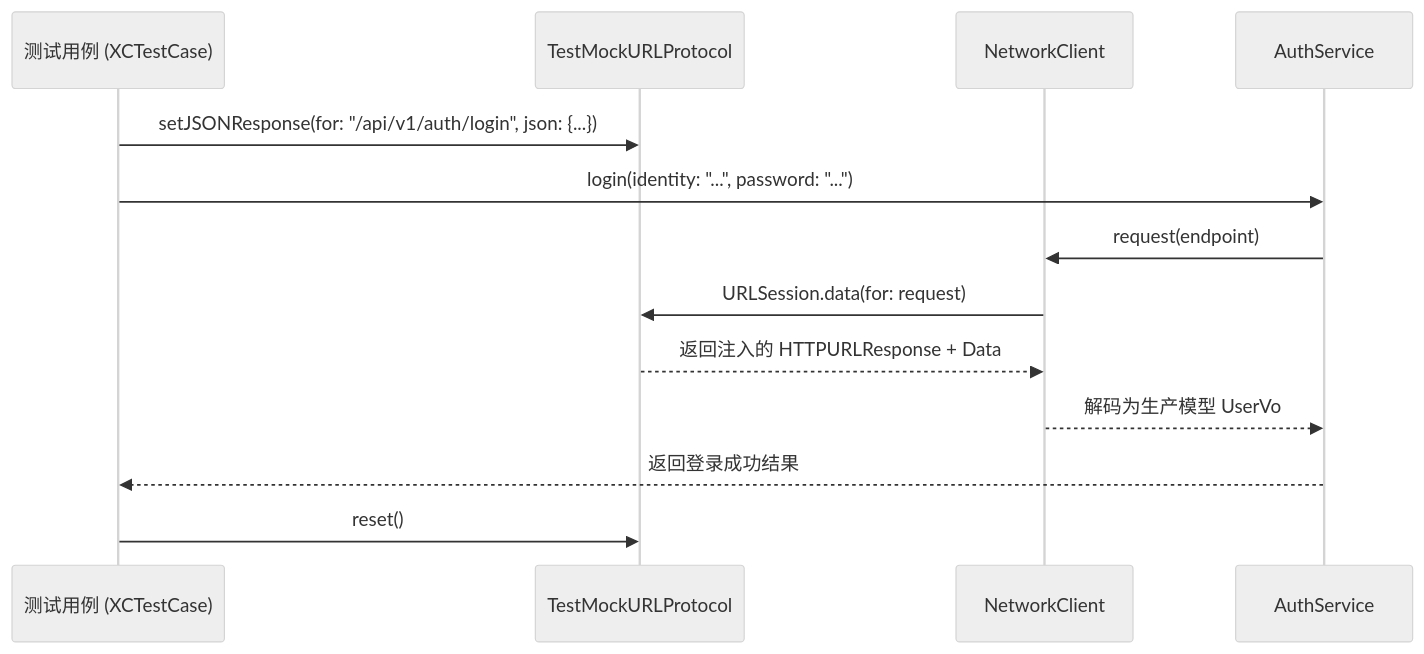
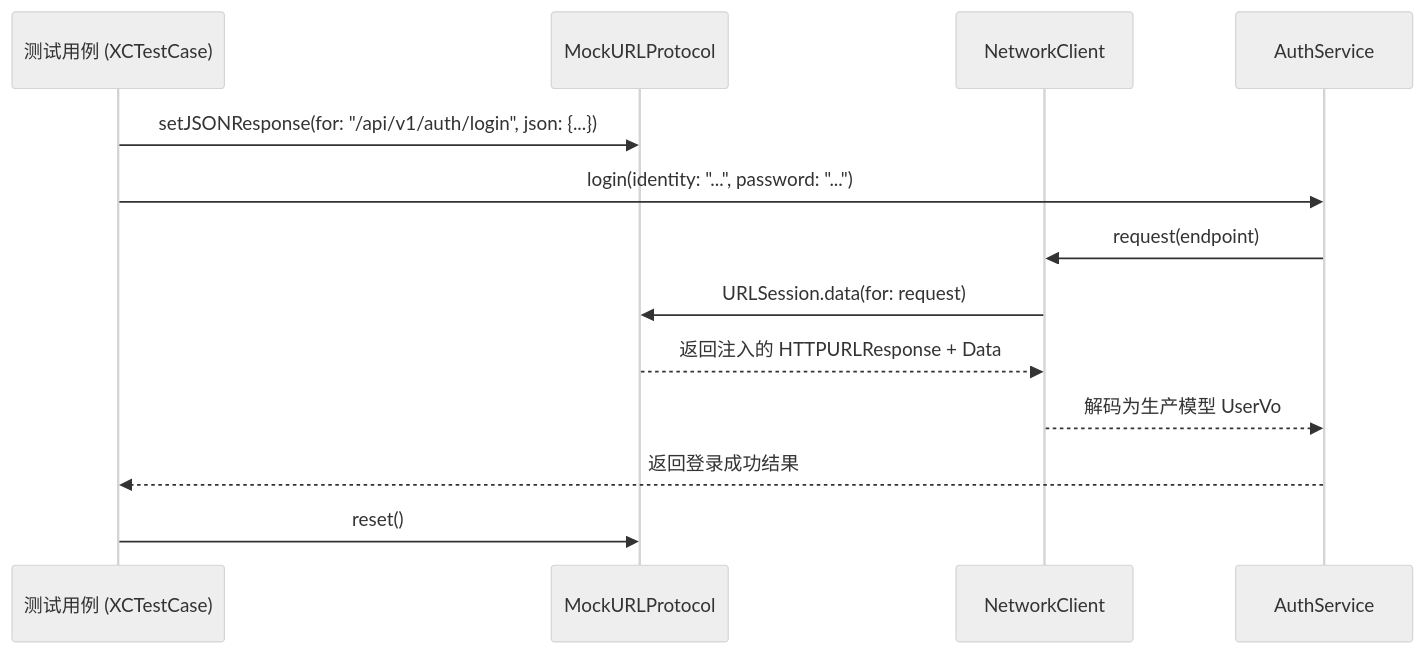
One commit to wangchong2023/ZhiYu changed the diagram in Docs/Testing/MOCK_URL_PROTOCOL_GUIDE.md. Above: the diagram before and after it, drawn with Mermaid (neutral theme). The commit also changed other lines of this file and 27 other files, not shown here.

````diff
--- a/Docs/Testing/MOCK_URL_PROTOCOL_GUIDE.md
+++ b/Docs/Testing/MOCK_URL_PROTOCOL_GUIDE.md
@@ -38,16 +38,16 @@
 ```mermaid
 sequenceDiagram
     participant Test as 测试用例 (XCTestCase)
-    participant Mock as TestMockURLProtocol
+    participant Mock as MockURLProtocol
     participant Client as NetworkClient
     participant Service as AuthService
 
     Test->>Mock: setJSONResponse(for: "/api/v1/auth/login", json: {...})
     Test->>Service: login(identity: "...", password: "...")
     Service->>Client: request(endpoint)
     Client->>Mock: URLSession.data(for: request)
     Mock-->>Client: 返回注入的 HTTPURLResponse + Data
     Client-->>Service: 解码为生产模型 UserVo
     Service-->>Test: 返回登录成功结果
     Test->>Mock: reset()
 ```
````
